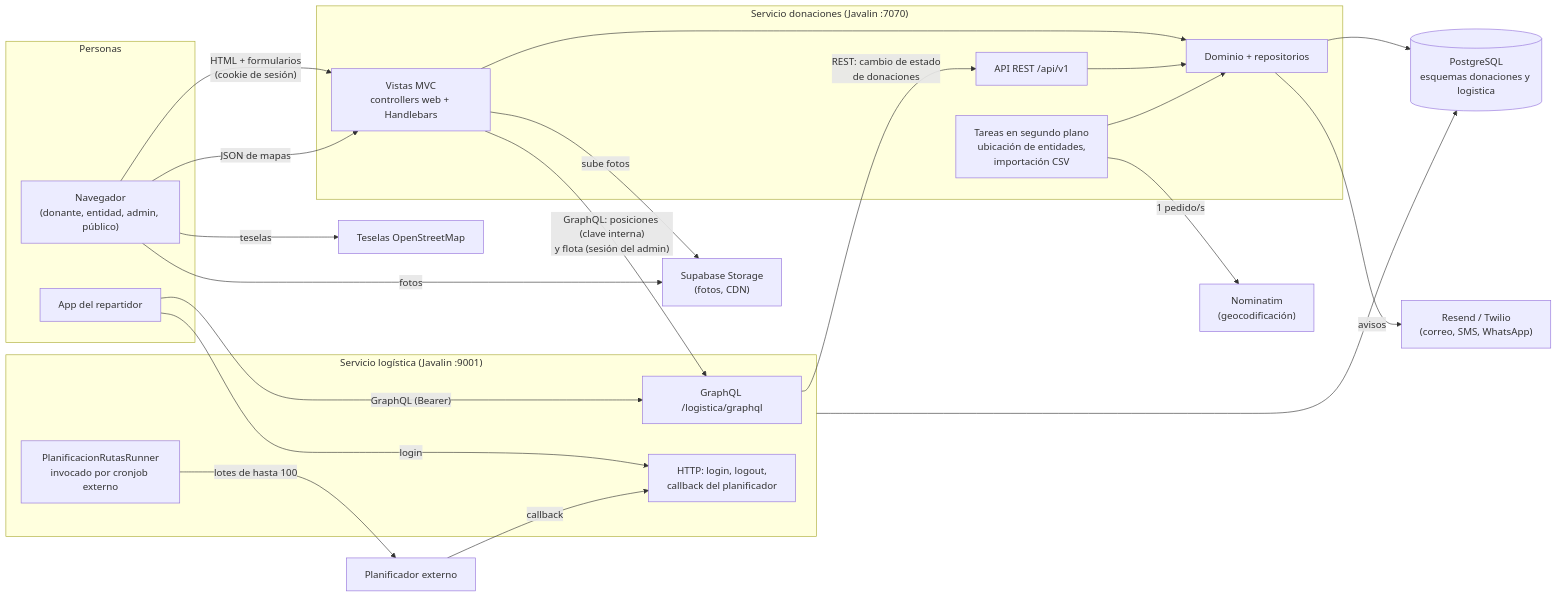
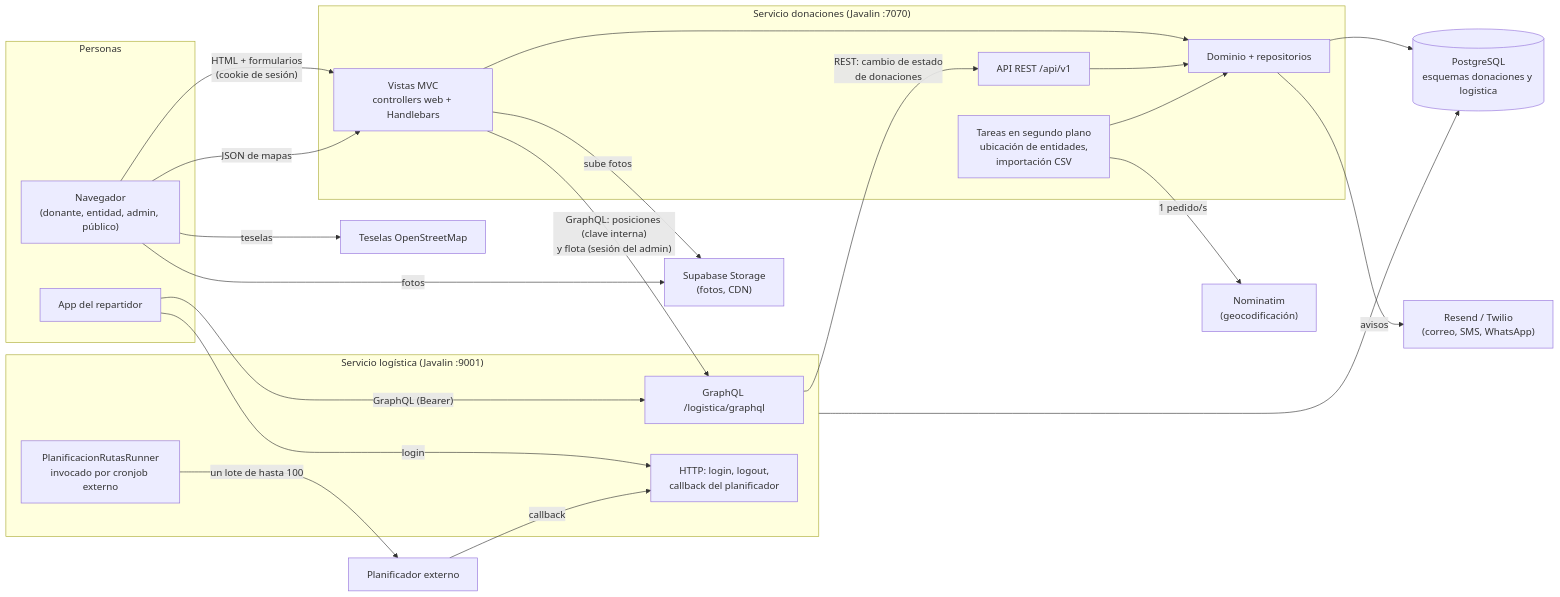
One commit to eonishi/tp-dds-2026-donatrack changed the diagram in docs/README.md. Above: the diagram before and after it, drawn with Mermaid. The commit also changed other lines of this file and 12 other files, not shown here.

````diff
--- a/docs/README.md
+++ b/docs/README.md
@@ -145,46 +145,46 @@
 ```mermaid
 flowchart LR
     subgraph Personas
         N["Navegador<br/>(donante, entidad, admin, público)"]
         R["App del repartidor"]
     end
 
     subgraph donaciones["Servicio donaciones (Javalin :7070)"]
         MVC["Vistas MVC<br/>controllers web + Handlebars"]
         API["API REST /api/v1"]
         DOM["Dominio + repositorios"]
         TAR["Tareas en segundo plano<br/>ubicación de entidades,<br/>importación CSV"]
         MVC --> DOM
         API --> DOM
         TAR --> DOM
     end
 
     subgraph logistica["Servicio logística (Javalin :9001)"]
         GQL["GraphQL /logistica/graphql"]
         CB["HTTP: login, logout,<br/>callback del planificador"]
         SCH["PlanificacionRutasRunner<br/>invocado por cronjob externo"]
     end
 
     PG[("PostgreSQL<br/>esquemas donaciones y logistica")]
     SUP["Supabase Storage<br/>(fotos, CDN)"]
     NOM["Nominatim<br/>(geocodificación)"]
     MSG["Resend / Twilio<br/>(correo, SMS, WhatsApp)"]
     OSM["Teselas OpenStreetMap"]
     PLA["Planificador externo"]
 
     N -- "HTML + formularios<br/>(cookie de sesión)" --> MVC
     N -- "JSON de mapas" --> MVC
     N -- "teselas" --> OSM
     N -- "fotos" --> SUP
     R -- "GraphQL (Bearer)" --> GQL
     R -- "login" --> CB
     MVC -- "GraphQL: posiciones (clave interna)<br/>y flota (sesión del admin)" --> GQL
     GQL -- "REST: cambio de estado<br/>de donaciones" --> API
-    SCH -- "lotes de hasta 100" --> PLA
+    SCH -- "un lote de hasta 100" --> PLA
     PLA -- "callback" --> CB
     DOM --> PG
     logistica --> PG
     MVC -- "sube fotos" --> SUP
     TAR -- "1 pedido/s" --> NOM
     DOM -- "avisos" --> MSG
 ```
````
